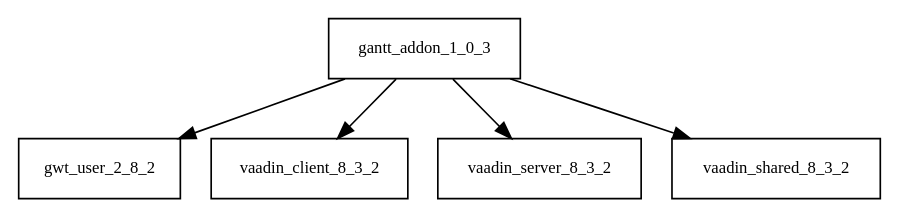
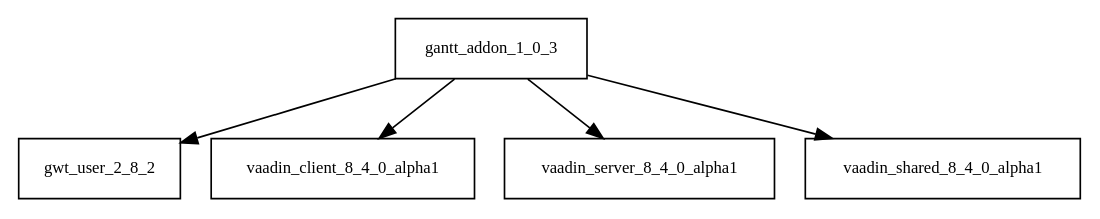
The diagram in tattleTaleReport/graphviz/gantt-addon-1.0.3.jar/gantt-addon-1.0.3.jar.dot (sjvs/cia), drawn with Graphviz before and after one commit. The commit also changed 2329 other files, not shown here.

```diff
--- a/tattleTaleReport/graphviz/gantt-addon-1.0.3.jar/gantt-addon-1.0.3.jar.dot
+++ b/tattleTaleReport/graphviz/gantt-addon-1.0.3.jar/gantt-addon-1.0.3.jar.dot
@@ -1,7 +1,7 @@
 digraph gantt_addon_1_0_3_dependencies {
   node [shape = box, fontsize=10.0];
   gantt_addon_1_0_3 -> gwt_user_2_8_2;
-  gantt_addon_1_0_3 -> vaadin_client_8_3_2;
-  gantt_addon_1_0_3 -> vaadin_server_8_3_2;
-  gantt_addon_1_0_3 -> vaadin_shared_8_3_2;
+  gantt_addon_1_0_3 -> vaadin_client_8_4_0_alpha1;
+  gantt_addon_1_0_3 -> vaadin_server_8_4_0_alpha1;
+  gantt_addon_1_0_3 -> vaadin_shared_8_4_0_alpha1;
 }
```
